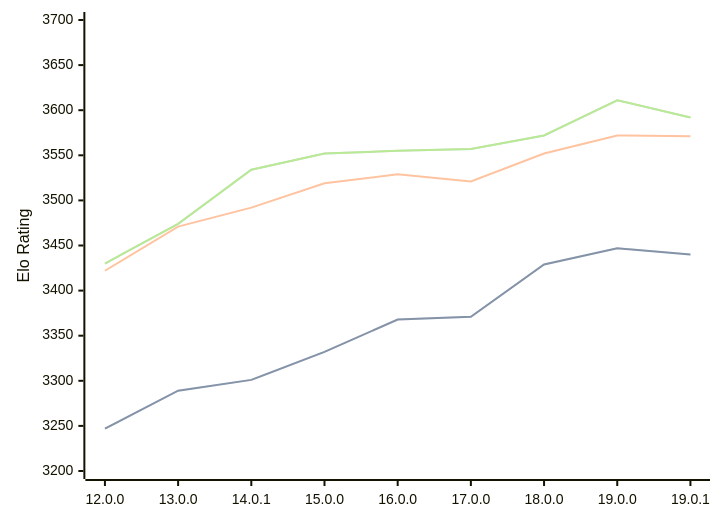
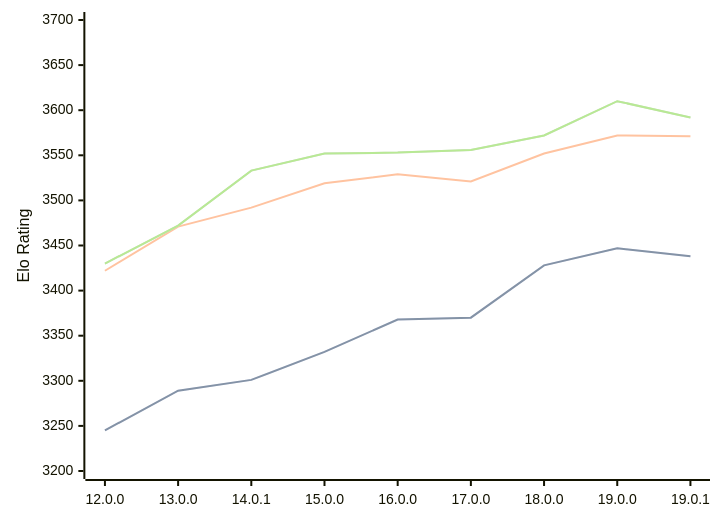
The diagram in engines/Viridithas.md (computer-chess-index/cci), drawn with Mermaid before and after one commit. The commit also changed other lines of this file, not shown here.

Commit message:
Update CCI Ratings (ELO VLTC) - 2026-03-09

````diff
--- a/engines/Viridithas.md
+++ b/engines/Viridithas.md
@@ -61,11 +61,11 @@
 ```mermaid
 %%{init: {"theme":"base","themeVariables":{"seriesColors:['#a3a3a3','#222221','#faa371']}}}%%
 xychart-beta
   x-axis ["12.0.0", "13.0.0", "14.0.1", "15.0.0", "16.0.0", "17.0.0", "18.0.0", "19.0.0", "19.0.1"]
   y-axis "Elo Rating" 3200 --> 3700
-  line "STC (8.0+0.08s)" [3247, 3289, 3301, 3332, 3368, 3371, 3429, 3447, 3440]
-  line "STC (8.0+0.08s)" [3247, 3289, 3301, 3332, 3368, 3371, 3429, 3447, 3440]
+  line "STC (8.0+0.08s)" [3245, 3289, 3301, 3332, 3368, 3370, 3428, 3447, 3438]
+  line "STC (8.0+0.08s)" [3245, 3289, 3301, 3332, 3368, 3370, 3428, 3447, 3438]
   line "LTC (60.0+0.60s)" [3422, 3471, 3492, 3519, 3529, 3521, 3552, 3572, 3571]
-  line "VLTC (2m24s+1.12s)" [3430, 3474, 3534, 3552, 3555, 3557, 3572, 3611, 3592]
-  line "VLTC (2m24s+1.12s)" [3430, 3474, 3534, 3552, 3555, 3557, 3572, 3611, 3592]
+  line "VLTC (2m24s+1.12s)" [3430, 3472, 3533, 3552, 3553, 3556, 3572, 3610, 3592]
+  line "VLTC (2m24s+1.12s)" [3430, 3472, 3533, 3552, 3553, 3556, 3572, 3610, 3592]
 ```
````
